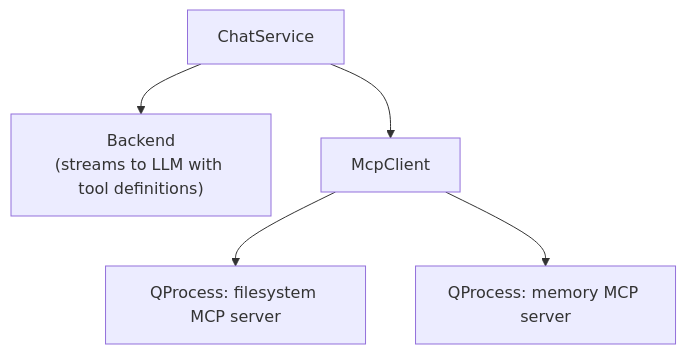
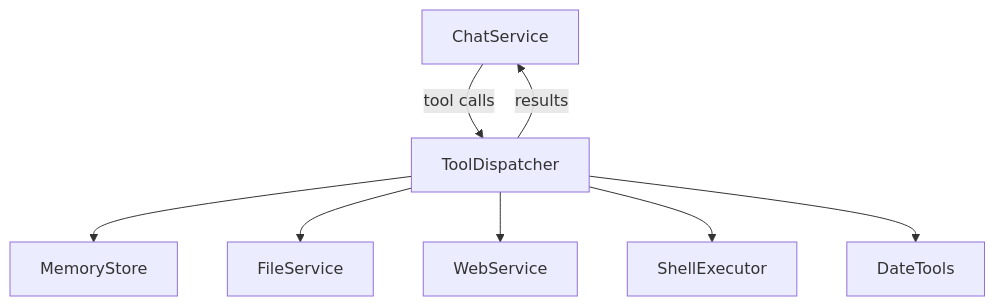
The diagram in Documentation/mcp.md (AlexMacocian/hyprchat), drawn with Mermaid before and after one commit. The commit also changed other lines of this file and 54 other files, not shown here.

````diff
--- a/Documentation/mcp.md
+++ b/Documentation/mcp.md
@@ -17,7 +17,10 @@
 ```mermaid
 graph TD
-    CS[ChatService] --> B["Backend\n(streams to LLM with tool definitions)"]
-    CS --> MC[McpClient]
-    MC --> FS["QProcess: filesystem MCP server"]
-    MC --> MM["QProcess: memory MCP server"]
+    CS[ChatService] -->|tool calls| TD[ToolDispatcher]
+    TD --> MEM[MemoryStore]
+    TD --> FS[FileService]
+    TD --> WEB[WebService]
+    TD --> SH[ShellExecutor]
+    TD --> DT[DateTools]
+    TD -->|results| CS
 ```
````
